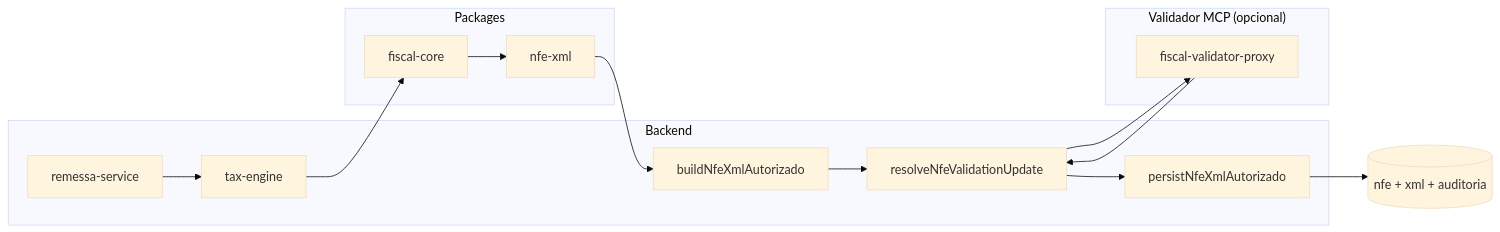
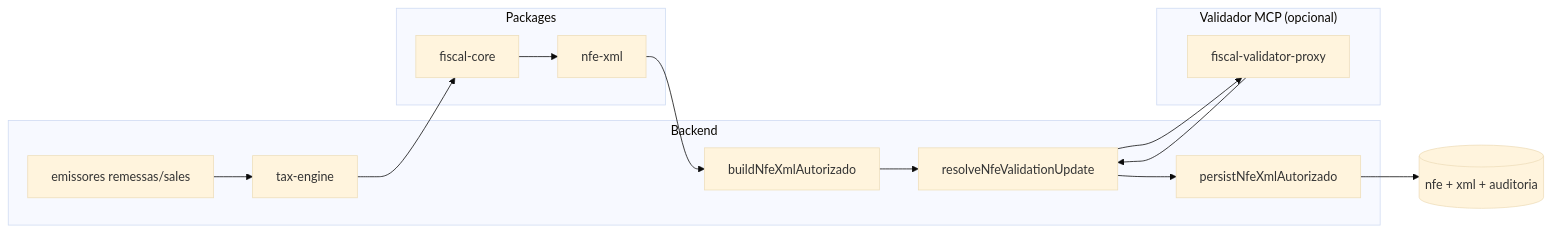
Before and after one commit to Matheus-santos7/MSimulation-XML: the second of 10 diagrams in backend/README.md, drawn with Mermaid (base theme). The commit also changed other lines of this file and 1 other file, not shown here.

````diff
--- a/backend/README.md
+++ b/backend/README.md
@@ -390,26 +312,26 @@
 ```mermaid
 flowchart LR
   subgraph Backend
     TE[tax-engine]
-    RS[remessa-service]
+    RS[emissores remessas/sales]
     BUILD[buildNfeXmlAutorizado]
     VAL[resolveNfeValidationUpdate]
     PERSIST[persistNfeXmlAutorizado]
   end
   subgraph Packages
     FC[fiscal-core]
     NX[nfe-xml]
   end
   subgraph MCP["Validador MCP (opcional)"]
     PROXY[fiscal-validator-proxy]
   end
   RS --> TE
   TE --> FC
   FC --> NX
   NX --> BUILD
   BUILD --> VAL
   VAL --> PROXY
   PROXY --> VAL
   VAL --> PERSIST
   PERSIST --> DB[(nfe + xml + auditoria)]
 ```
````
